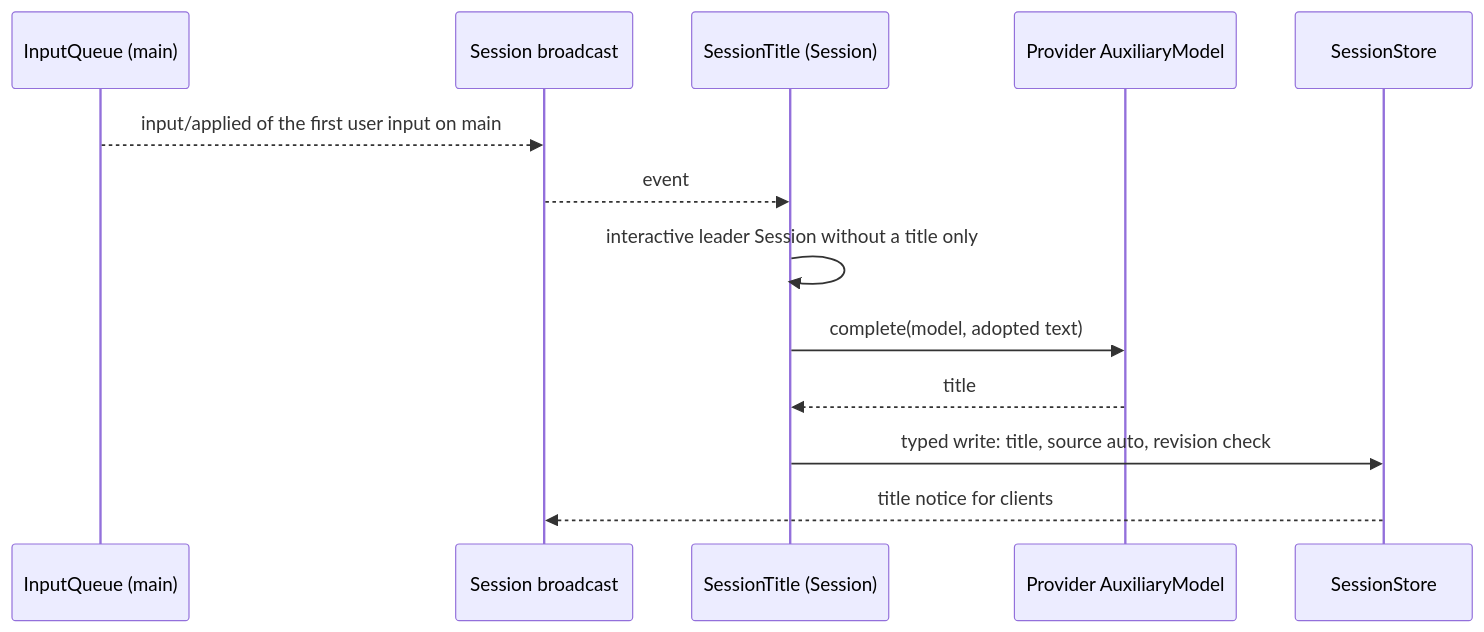
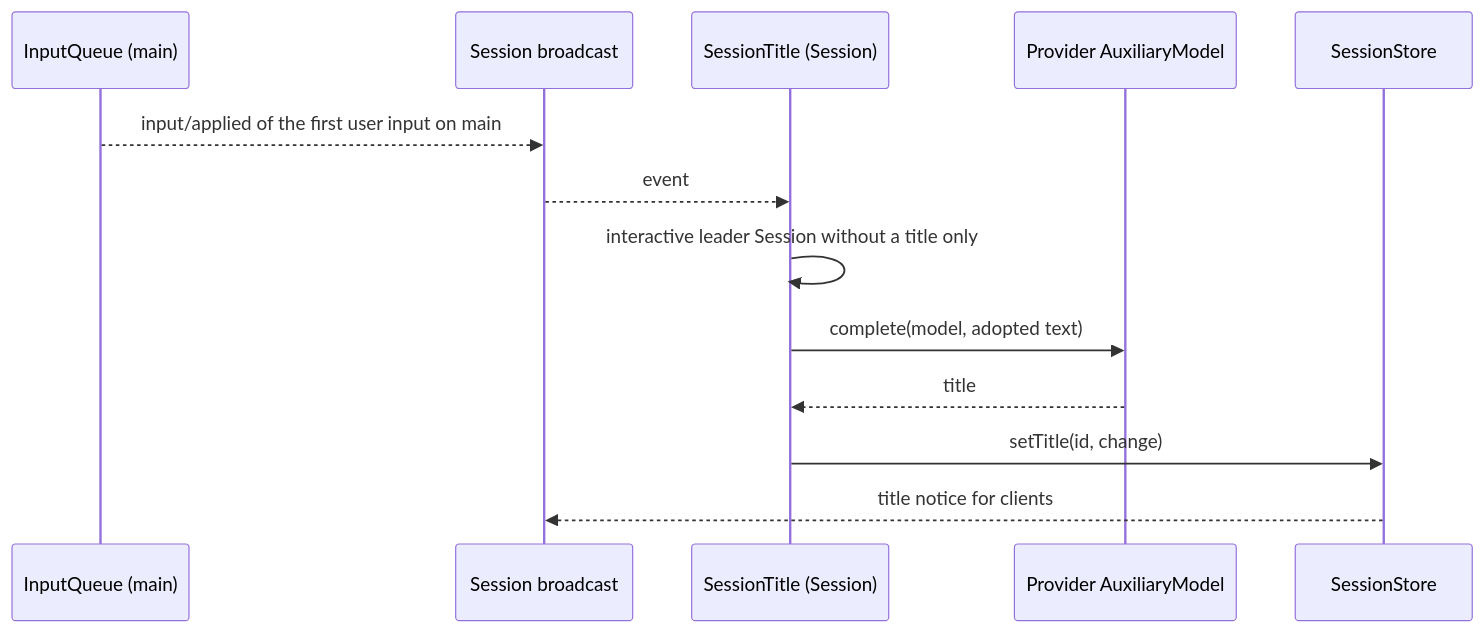
The fifth of 8 diagrams in docs/design/overview.md (arcships/dim), drawn with Mermaid before and after one commit. The commit also changed 8 other files, not shown here.

````diff
--- a/docs/design/overview.md
+++ b/docs/design/overview.md
@@ -233,15 +233,15 @@
 ```mermaid
 sequenceDiagram
   participant IQ as InputQueue (main)
   participant BC as Session broadcast
   participant ST as SessionTitle (Session)
   participant PR as Provider AuxiliaryModel
   participant SS as SessionStore
   IQ-->>BC: input/applied of the first user input on main
   BC-->>ST: event
   ST->>ST: interactive leader Session without a title only
   ST->>PR: complete(model, adopted text)
   PR-->>ST: title
-  ST->>SS: typed write: title, source auto, revision check
+  ST->>SS: setTitle(id, change)
   SS-->>BC: title notice for clients
 ```
````
